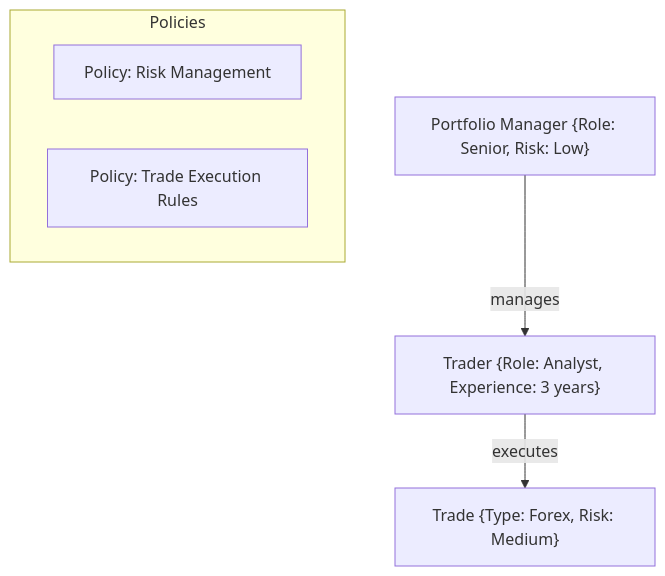
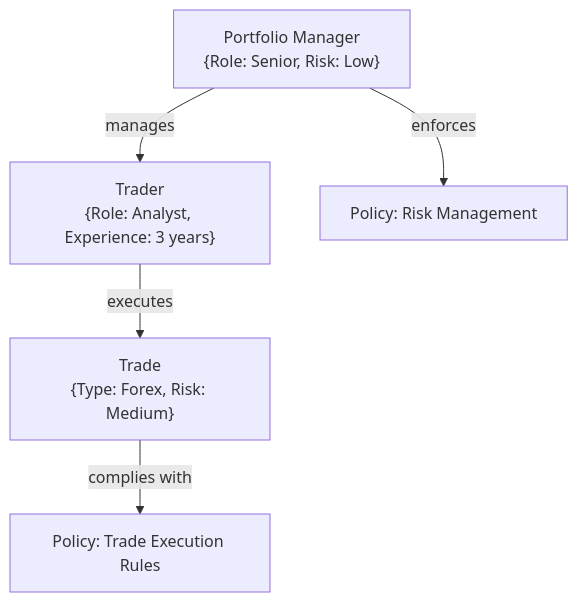
The second of 12 diagrams in README.md (TheGuyFromTheApprentice/ActiveGraphNetworks), drawn with Mermaid before and after one commit. The commit also changed other lines of this file, not shown here.

````diff
--- a/README.md
+++ b/README.md
@@ -51,12 +59,13 @@
 ```mermaid
-graph TD;
-    PortfolioManager["Portfolio Manager {Role: Senior, Risk: Low}"]
-    Trader["Trader {Role: Analyst, Experience: 3 years}"]
-    Trade["Trade {Type: Forex, Risk: Medium}"]
+graph TD
+    PortfolioManager["Portfolio Manager\n{Role: Senior, Risk: Low}"]
+    Trader["Trader\n{Role: Analyst, Experience: 3 years}"]
+    Trade["Trade\n{Type: Forex, Risk: Medium}"]
+    Policy1["Policy: Risk Management"]
+    Policy2["Policy: Trade Execution Rules"]
+    
     PortfolioManager -->|manages| Trader
     Trader -->|executes| Trade
-    subgraph Policies
-        Policy1["Policy: Risk Management"]
-        Policy2["Policy: Trade Execution Rules"]
-    end
+    Trade -->|complies with| Policy2
+    PortfolioManager -->|enforces| Policy1
 ```
````
